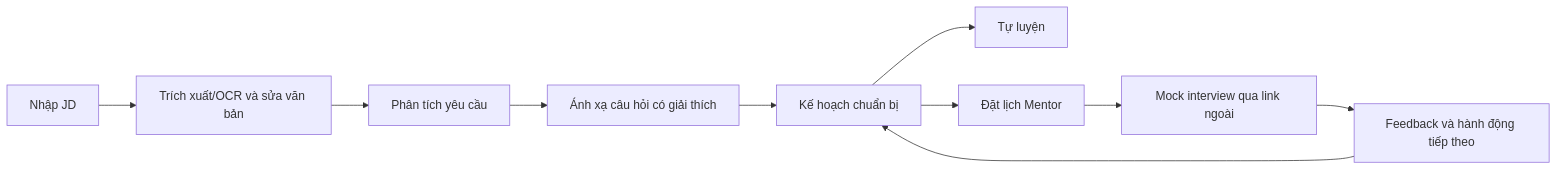
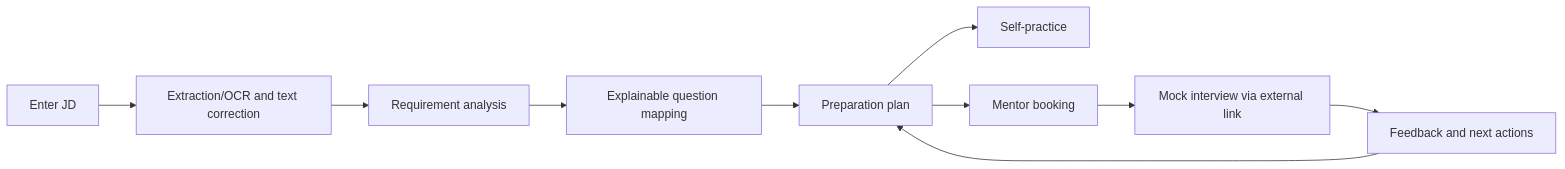
The diagram in docs/Project_Proposal/Project_Proposal.md (tnnhuaa/InterviewQuestionBank), drawn with Mermaid before and after one commit. The commit also changed other lines of this file and 19 other files, not shown here.

````diff
--- a/docs/Project_Proposal/Project_Proposal.md
+++ b/docs/Project_Proposal/Project_Proposal.md
@@ -78,12 +78,12 @@
 ```mermaid
 flowchart LR
-    A["Nhập JD"] --> B["Trích xuất/OCR và sửa văn bản"]
-    B --> C["Phân tích yêu cầu"]
-    C --> D["Ánh xạ câu hỏi có giải thích"]
-    D --> E["Kế hoạch chuẩn bị"]
-    E --> F["Tự luyện"]
-    E --> G["Đặt lịch Mentor"]
-    G --> H["Mock interview qua link ngoài"]
-    H --> I["Feedback và hành động tiếp theo"]
+    A["Enter JD"] --> B["Extraction/OCR and text correction"]
+    B --> C["Requirement analysis"]
+    C --> D["Explainable question mapping"]
+    D --> E["Preparation plan"]
+    E --> F["Self-practice"]
+    E --> G["Mentor booking"]
+    G --> H["Mock interview via external link"]
+    H --> I["Feedback and next actions"]
     I --> E
 ```
````
